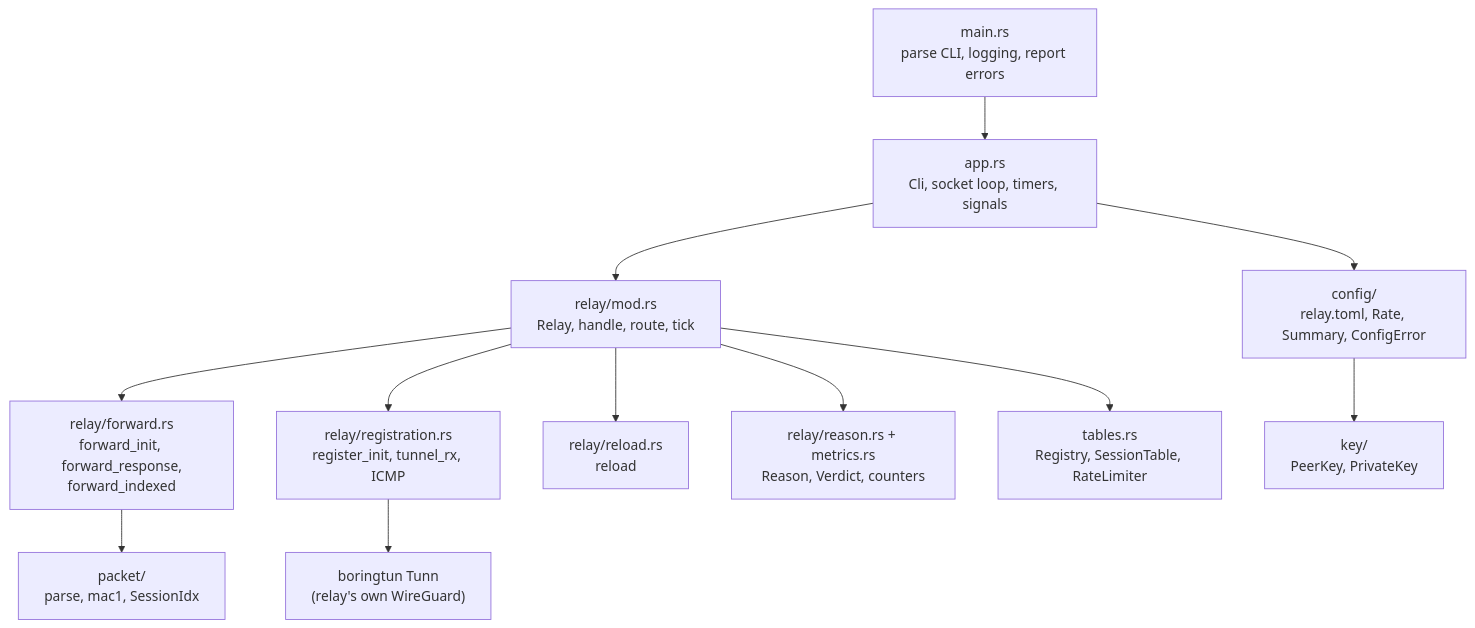
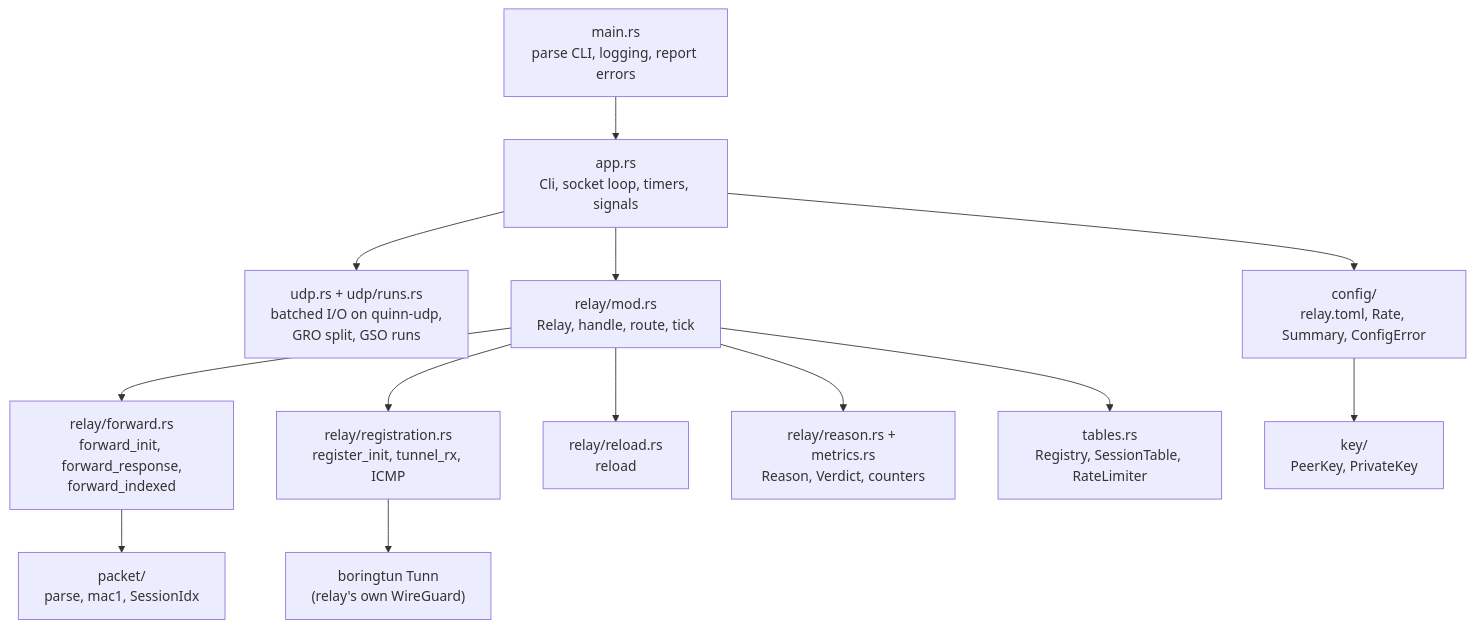
Diagram 21 of 22 in docs/how-it-works.md (3alpha/wg-relay), drawn with Mermaid before and after one commit. The commit also changed other lines of this file and 10 other files, not shown here.

First line of the commit message:
perf(app): batch socket i/o with recvmmsg, gro and gso

````diff
--- a/docs/how-it-works.md
+++ b/docs/how-it-works.md
@@ -671,14 +673,15 @@
 ```mermaid
 flowchart TD
     main["main.rs<br/>parse CLI, logging, report errors"] --> app["app.rs<br/>Cli, socket loop, timers, signals"]
+    app --> udp["udp.rs + udp/runs.rs<br/>batched I/O on quinn-udp,<br/>GRO split, GSO runs"]
     app --> cfg["config/<br/>relay.toml, Rate, Summary, ConfigError"]
     app --> relay["relay/mod.rs<br/>Relay, handle, route, tick"]
     relay --> fwd["relay/forward.rs<br/>forward_init, forward_response,<br/>forward_indexed"]
     relay --> regm["relay/registration.rs<br/>register_init, tunnel_rx, ICMP"]
     relay --> rel["relay/reload.rs<br/>reload"]
     relay --> rsn["relay/reason.rs + metrics.rs<br/>Reason, Verdict, counters"]
     relay --> tbl["tables.rs<br/>Registry, SessionTable, RateLimiter"]
     fwd --> pkt["packet/<br/>parse, mac1, SessionIdx"]
     regm --> bt["boringtun Tunn<br/>(relay's own WireGuard)"]
     cfg --> key["key/<br/>PeerKey, PrivateKey"]
 ```
````
